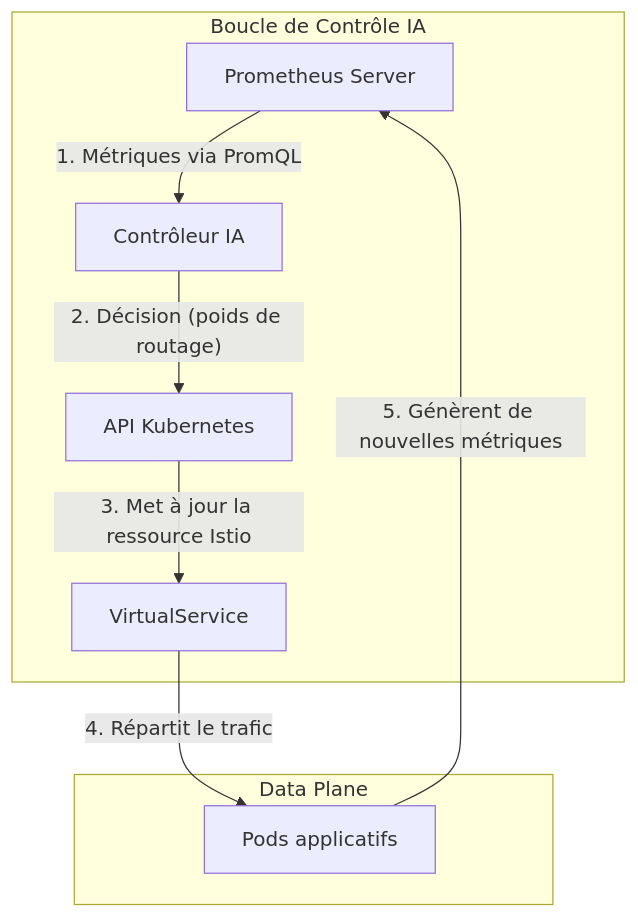
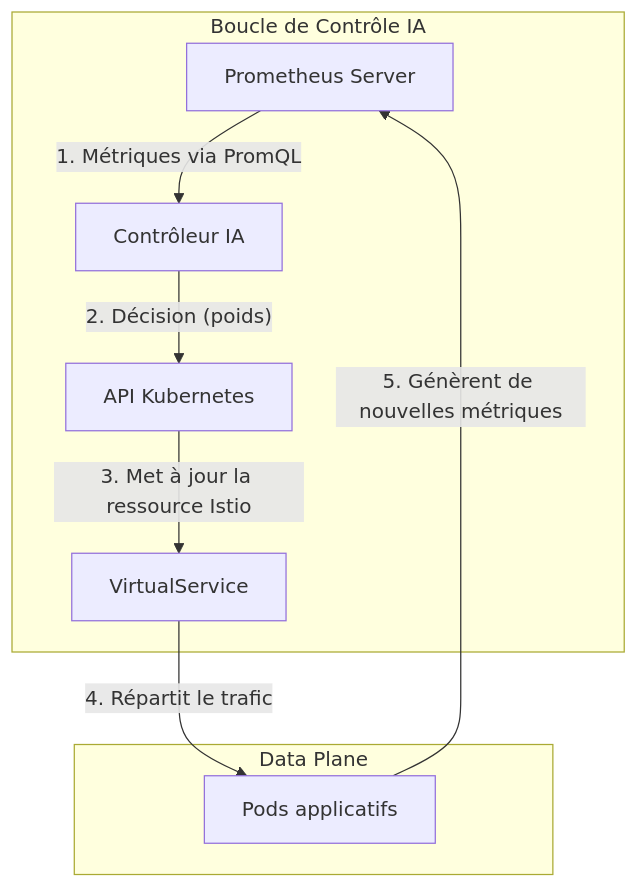
One commit to HarcheSamir/esisba-lirmm-ecommerce changed the tenth of 10 diagrams in sprint3.md. Above: the diagram before and after it, drawn with Mermaid. The commit also changed other lines of this file, not shown here.

````diff
--- a/sprint3.md
+++ b/sprint3.md
@@ -262,12 +477,12 @@
 ```mermaid
 graph TD
     subgraph "Boucle de Contrôle IA"
         Prometheus[Prometheus Server] -- "1. Métriques via PromQL" --> AI_Controller[Contrôleur IA];
-        AI_Controller -- "2. Décision (poids de routage)" --> K8s_API[API Kubernetes];
+        AI_Controller -- "2. Décision (poids)" --> K8s_API[API Kubernetes];
         K8s_API -- "3. Met à jour la ressource Istio" --> VS[VirtualService];
     end
     subgraph "Data Plane"
         VS -- "4. Répartit le trafic" --> ServicePods[Pods applicatifs];
     end
     ServicePods -- "5. Génèrent de nouvelles métriques" --> Prometheus;
 ```
````
